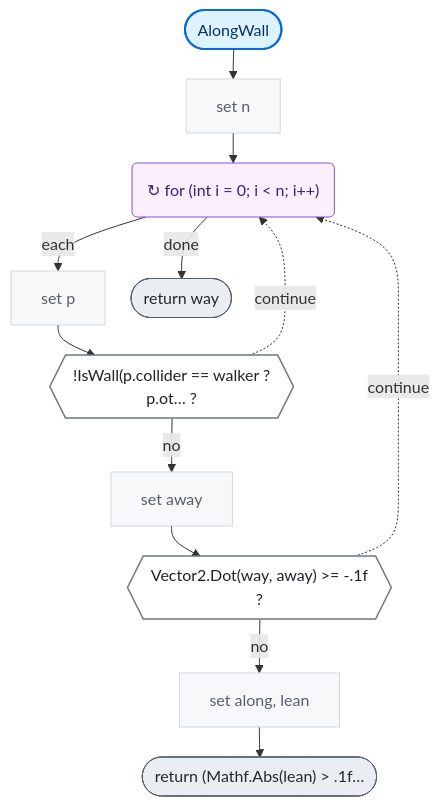
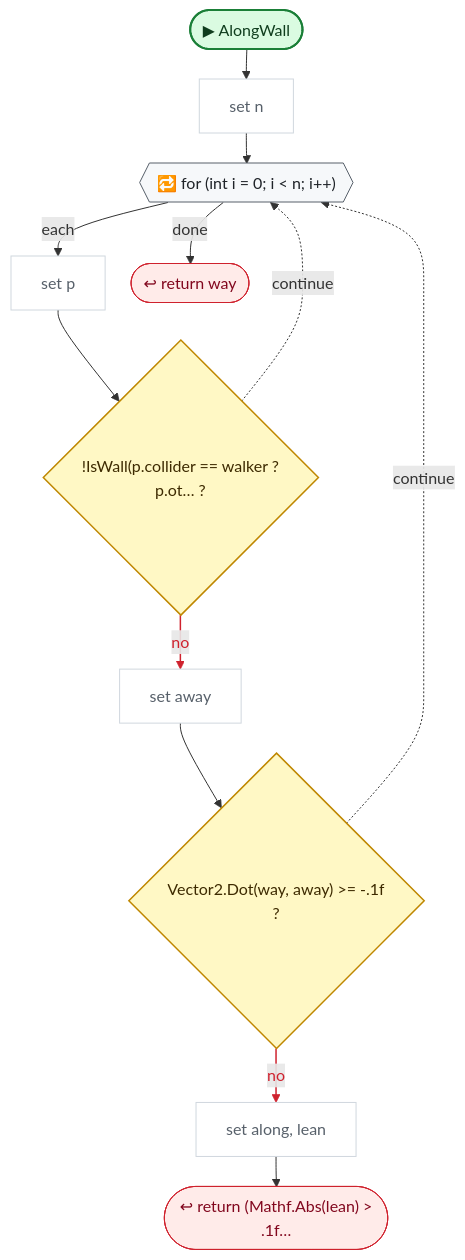
Before and after one commit to nataiai/Lord-of-the-Dungeon: the fourth of 14 diagrams in CodeGraph~/graph/AI/PathFinding.cs.md, drawn with Mermaid. The commit also changed other lines of this file and 44 other files, not shown here.

````diff
--- a/CodeGraph~/graph/AI/PathFinding.cs.md
+++ b/CodeGraph~/graph/AI/PathFinding.cs.md
@@ -176,46 +186,52 @@
 ```mermaid
 ---
 config:
   flowchart:
     wrappingWidth: 260
     nodeSpacing: 26
     rankSpacing: 30
 ---
 flowchart TD
-  nS(["AlongWall"])
+  nS(["▶ AlongWall"])
   n0c2354["set n"]
-  n99f4aa("  ↻ for (int i = 0; i #60; n; i++)  ")
+  n99f4aa{{"🔁 for (int i = 0; i #60; n; i++)"}}
   n3053f6["set p"]
-  ned5e77{{"!IsWall(p.collider == walker ?<br>p.ot… ?"}}
+  ned5e77{"!IsWall(p.collider == walker ?<br>p.ot… ?"}
   nb3c0f1["set away"]
-  n65228a{{"Vector2.Dot(way, away) #62;= -.1f<br>?"}}
+  n65228a{"Vector2.Dot(way, away) #62;= -.1f<br>?"}
   ne2fd98["set along, lean"]
-  n8adaa6(["return (Mathf.Abs(lean) #62; .1f…"])
-  n80b906(["return way"])
+  n8adaa6(["↩ return (Mathf.Abs(lean) #62;<br>.1f…"])
+  n80b906(["↩ return way"])
   nS --> n0c2354
   n0c2354 --> n99f4aa
   n99f4aa -->|each| n3053f6
   n3053f6 --> ned5e77
   ned5e77 -.->|continue| n99f4aa
   ned5e77 -->|no| nb3c0f1
   nb3c0f1 --> n65228a
   n65228a -.->|continue| n99f4aa
   n65228a -->|no| ne2fd98
   ne2fd98 --> n8adaa6
   n99f4aa -->|done| n80b906
-  classDef unity fill:#fff1c2,stroke:#9a6700,stroke-width:2px,color:#3b2300
-  classDef start fill:#ddf4ff,stroke:#0969da,stroke-width:2px,color:#0a3069
-  classDef calc fill:#f6f8fa,stroke:#d0d7de,color:#57606a
-  classDef calls fill:#ffffff,stroke:#0969da,stroke-width:2.5px,color:#0a3069
-  classDef cond fill:#ffffff,stroke:#6e7781,stroke-width:1.5px,color:#1f2328
-  classDef loop fill:#fbefff,stroke:#8250df,color:#3e1f79
-  classDef exit fill:#eaeef2,stroke:#57606a,color:#24292f
-  classDef wait fill:#fff8f0,stroke:#bc4c00,color:#4d1d00
+  linkStyle 5 stroke:#cf222e,stroke-width:1.5px,color:#cf222e
+  linkStyle 8 stroke:#cf222e,stroke-width:1.5px,color:#cf222e
+  classDef unity fill:#dafbe1,stroke:#1a7f37,stroke-width:2px,color:#0f3d1d
+  classDef start fill:#dafbe1,stroke:#1a7f37,stroke-width:2px,color:#0f3d1d
+  classDef calc fill:#ffffff,stroke:#d0d7de,color:#57606a
+  classDef calls fill:#ddf4ff,stroke:#0969da,stroke-width:2px,color:#0a3069
+  classDef ext fill:#ddf4ff,stroke:#0969da,stroke-width:2px,stroke-dasharray:5 3,color:#0a3069
+  classDef cond fill:#fff8c5,stroke:#bf8700,stroke-width:1.5px,color:#3d2a00
+  classDef loop fill:#f6f8fa,stroke:#57606a,color:#1f2328
+  classDef exit fill:#ffebe9,stroke:#cf222e,color:#82071e
+  classDef kill fill:#ffebe9,stroke:#cf222e,stroke-width:2px,color:#82071e
+  classDef spawn fill:#dafbe1,stroke:#1a7f37,stroke-width:2px,color:#0f3d1d
+  classDef wait fill:#fff1e5,stroke:#bc4c00,color:#4d1d00
   classDef fin fill:#eaeef2,stroke:#8c959f,color:#57606a
   classDef join fill:#d0d7de,stroke:#8c959f,color:#57606a
+  classDef ghdr fill:#f5f9ff,stroke:#f5f9ff,color:#0a3069,font-weight:bold
   class n0c2354,n3053f6,nb3c0f1,ne2fd98 calc
   class ned5e77,n65228a cond
   class n8adaa6,n80b906 exit
   class n99f4aa loop
   class nS start
 ```
````
